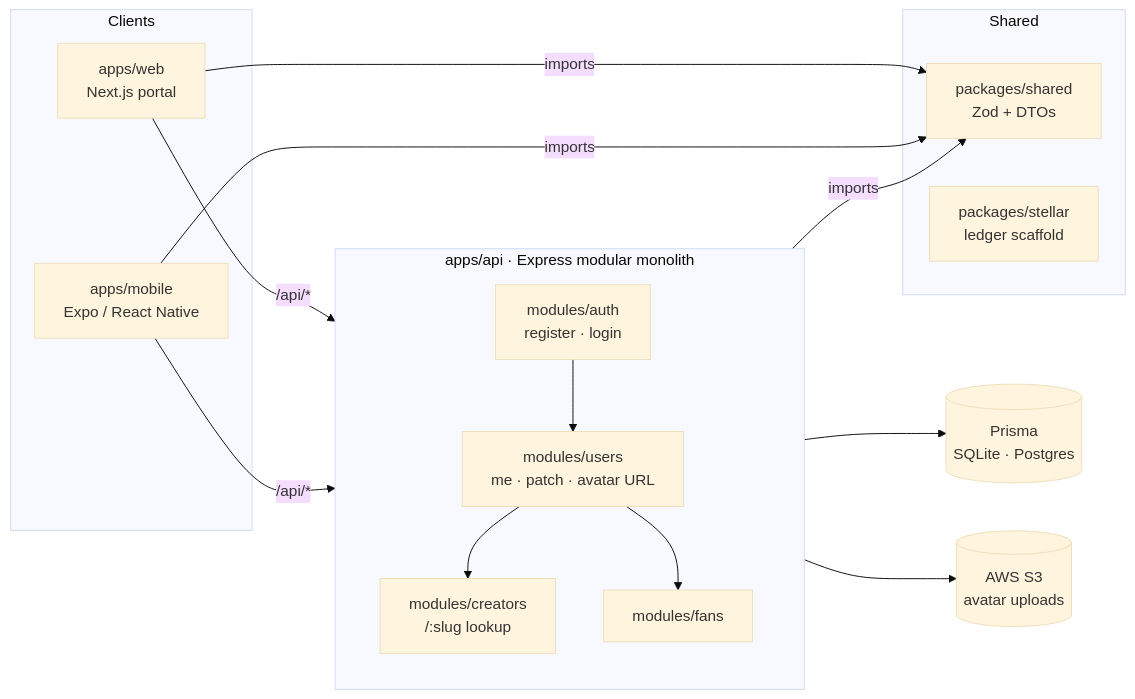
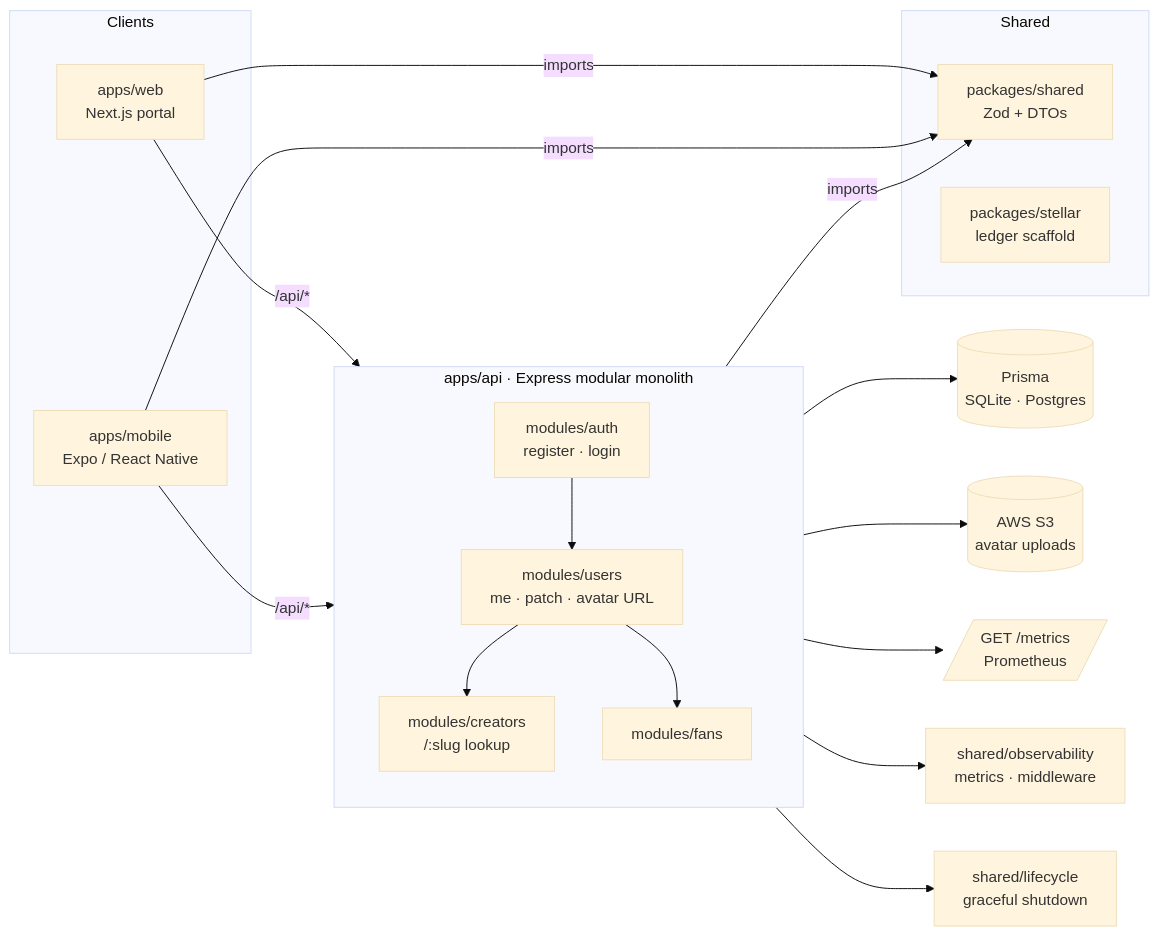
The diagram in docs/architecture.md (Universal-Healthcare/Universal-Healthcare-), drawn with Mermaid (base theme) before and after one commit. The commit also changed other lines of this file and 3 other files, not shown here.

````diff
--- a/docs/architecture.md
+++ b/docs/architecture.md
@@ -45,32 +45,35 @@
 ```mermaid
 flowchart LR
   subgraph Clients
     WEB["apps/web<br/>Next.js portal"]
     MOB["apps/mobile<br/>Expo / React Native"]
   end
 
   WEB -- "/api/*" --> API
   MOB -- "/api/*" --> API
 
   subgraph API["apps/api · Express modular monolith"]
     AUTH["modules/auth<br/>register · login"]
     USR["modules/users<br/>me · patch · avatar URL"]
     CRE["modules/creators<br/>/:slug lookup"]
     FAN["modules/fans"]
   end
 
   WEB -- imports --> SHARED
   MOB -- imports --> SHARED
   API -- imports --> SHARED
   AUTH --> USR
   USR --> CRE
   USR --> FAN
 
   subgraph Shared
     SHARED["packages/shared<br/>Zod + DTOs"]
     STEL["packages/stellar<br/>ledger scaffold"]
   end
 
   API --> DB[("Prisma<br/>SQLite · Postgres")]
   API --> S3[("AWS S3<br/>avatar uploads")]
+  API --> MET[/"GET /metrics<br/>Prometheus"/]
+  API --> OBS["shared/observability<br/>metrics · middleware"]
+  API --> LC["shared/lifecycle<br/>graceful shutdown"]
 ```
````
